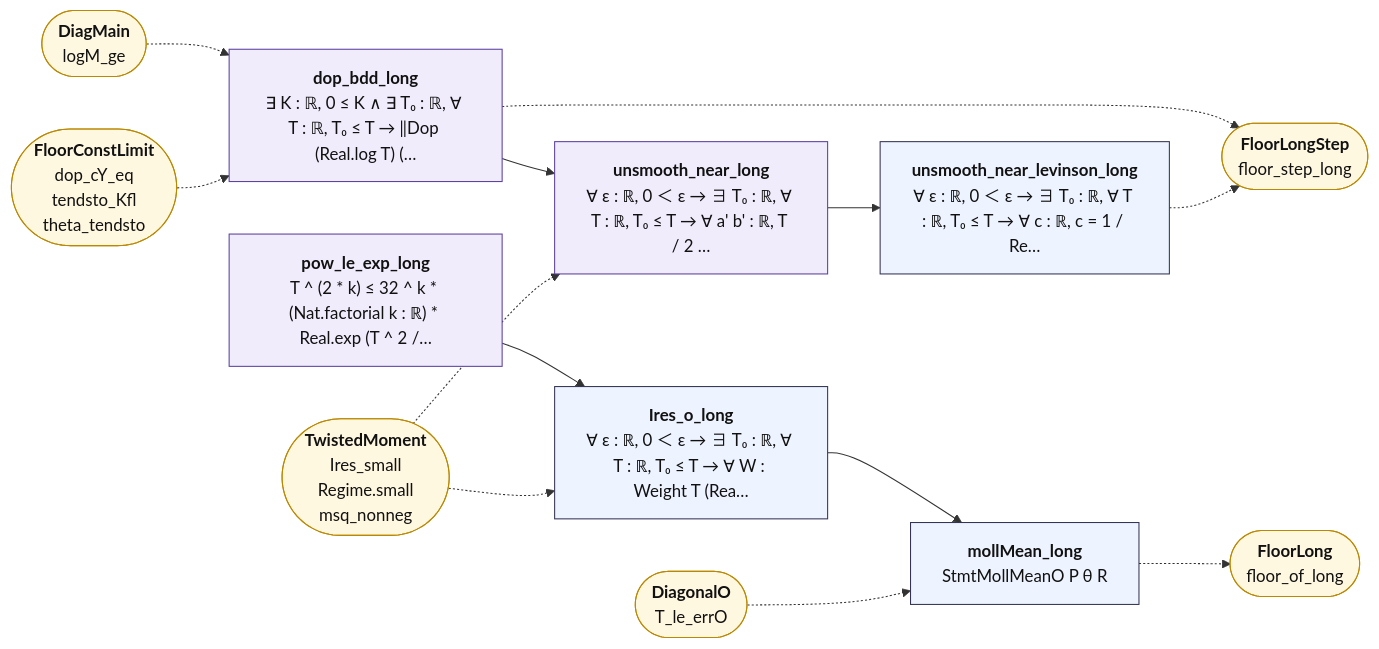
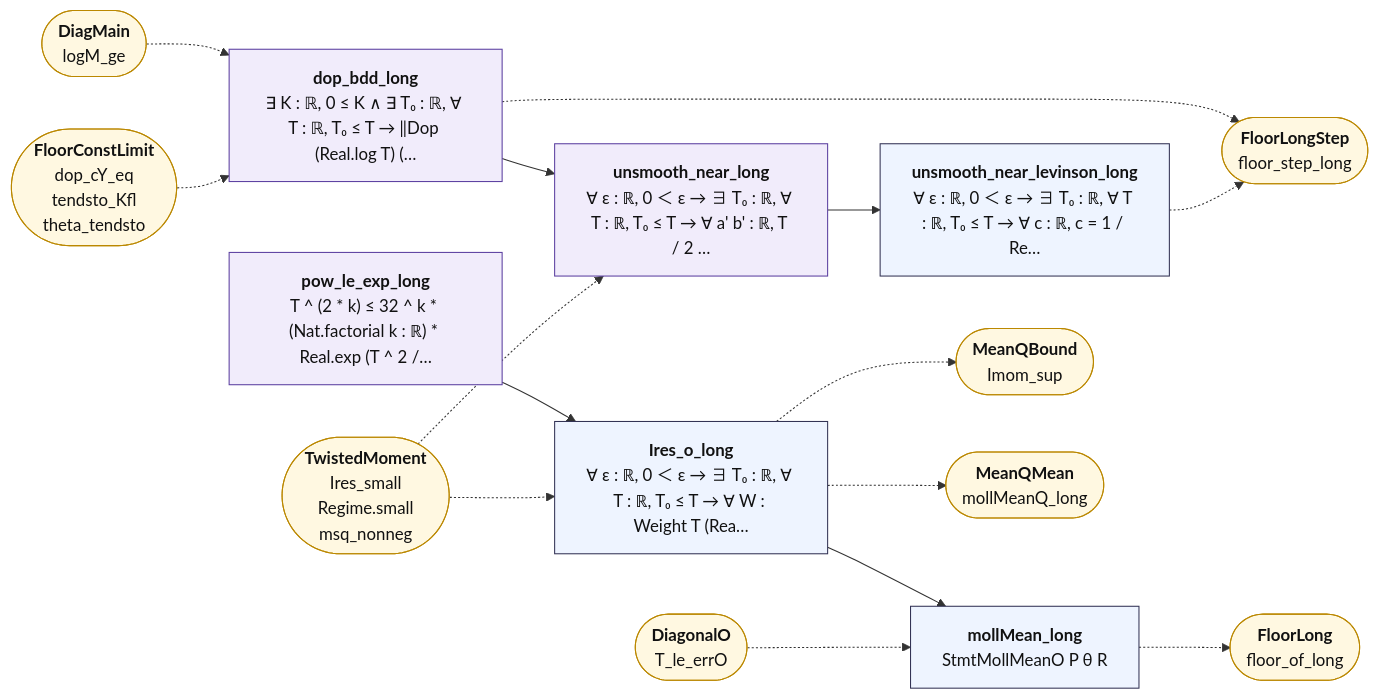
Before and after one commit to juliansambranojr/Primebeat_081426: the diagram in map/lean_stage3/FloorLongMean.md, drawn with Mermaid. The commit also changed other lines of this file and 46 other files, not shown here.

````diff
--- a/map/lean_stage3/FloorLongMean.md
+++ b/map/lean_stage3/FloorLongMean.md
@@ -14,35 +14,39 @@
 ```mermaid
 flowchart LR
   n0["<b>pow_le_exp_long</b><br/>T ^ (2 * k) ≤ 32 ^ k * (Nat.factorial k : ℝ) * Real.exp (T ^ 2 /…"]:::shp
   n1["<b>Ires_o_long</b><br/>∀ ε : ℝ, 0 ＜ ε → ∃ T₀ : ℝ, ∀ T : ℝ, T₀ ≤ T → ∀ W : Weight T (Rea…"]:::thm
   n2["<b>mollMean_long</b><br/>StmtMollMeanO P θ R"]:::thm
   n3["<b>dop_bdd_long</b><br/>∃ K : ℝ, 0 ≤ K ∧ ∃ T₀ : ℝ, ∀ T : ℝ, T₀ ≤ T → ‖Dop (Real.log T) (…"]:::shp
   n4["<b>unsmooth_near_long</b><br/>∀ ε : ℝ, 0 ＜ ε → ∃ T₀ : ℝ, ∀ T : ℝ, T₀ ≤ T → ∀ a' b' : ℝ, T / 2 …"]:::shp
   n5["<b>unsmooth_near_levinson_long</b><br/>∀ ε : ℝ, 0 ＜ ε → ∃ T₀ : ℝ, ∀ T : ℝ, T₀ ≤ T → ∀ c : ℝ, c = 1 / Re…"]:::thm
   x0(["<b>TwistedMoment</b><br/>Ires_small<br/>Regime.small<br/>msq_nonneg"]):::ext
-  x1(["<b>DiagonalO</b><br/>T_le_errO"]):::ext
-  x2(["<b>FloorLong</b><br/>floor_of_long"]):::ext
-  x3(["<b>DiagMain</b><br/>logM_ge"]):::ext
-  x4(["<b>FloorConstLimit</b><br/>dop_cY_eq<br/>tendsto_Kfl<br/>theta_tendsto"]):::ext
-  x5(["<b>FloorLongStep</b><br/>floor_step_long"]):::ext
+  x1(["<b>MeanQBound</b><br/>Imom_sup"]):::ext
+  x2(["<b>MeanQMean</b><br/>mollMeanQ_long"]):::ext
+  x3(["<b>DiagonalO</b><br/>T_le_errO"]):::ext
+  x4(["<b>FloorLong</b><br/>floor_of_long"]):::ext
+  x5(["<b>DiagMain</b><br/>logM_ge"]):::ext
+  x6(["<b>FloorConstLimit</b><br/>dop_cY_eq<br/>tendsto_Kfl<br/>theta_tendsto"]):::ext
+  x7(["<b>FloorLongStep</b><br/>floor_step_long"]):::ext
   n0 --> n1
   n1 --> n2
   n3 --> n4
   n4 --> n5
-  n2 -.-> x2
-  n3 -.-> x5
-  n5 -.-> x5
+  n1 -.-> x1
+  n1 -.-> x2
+  n2 -.-> x4
+  n3 -.-> x7
+  n5 -.-> x7
   x0 -.-> n1
   x0 -.-> n4
-  x1 -.-> n2
-  x3 -.-> n3
-  x4 -.-> n3
+  x3 -.-> n2
+  x5 -.-> n3
+  x6 -.-> n3
   classDef cnt fill:#dff5ec,stroke:#17694a,color:#111
   classDef shp fill:#f1ecfb,stroke:#5b3fa0,color:#111
   classDef rh fill:#ffe5e5,stroke:#c22,color:#111,stroke-width:2px
   classDef thm fill:#eef4ff,stroke:#335,color:#111
   classDef end_ fill:#e7f7e7,stroke:#2a7,color:#111,stroke-width:2px
   classDef lone fill:#fff,stroke:#999,color:#111,stroke-dasharray:4 3
   classDef bad fill:#ffe5e5,stroke:#c22,color:#111,stroke-width:2px
   classDef ext fill:#fff8e1,stroke:#b80,color:#111
 ```
````
